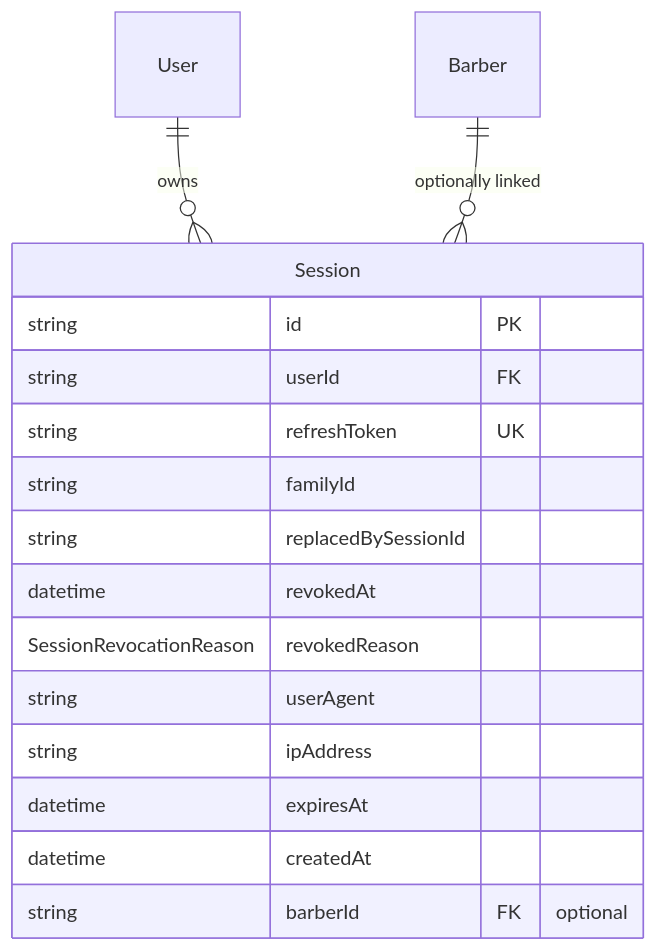
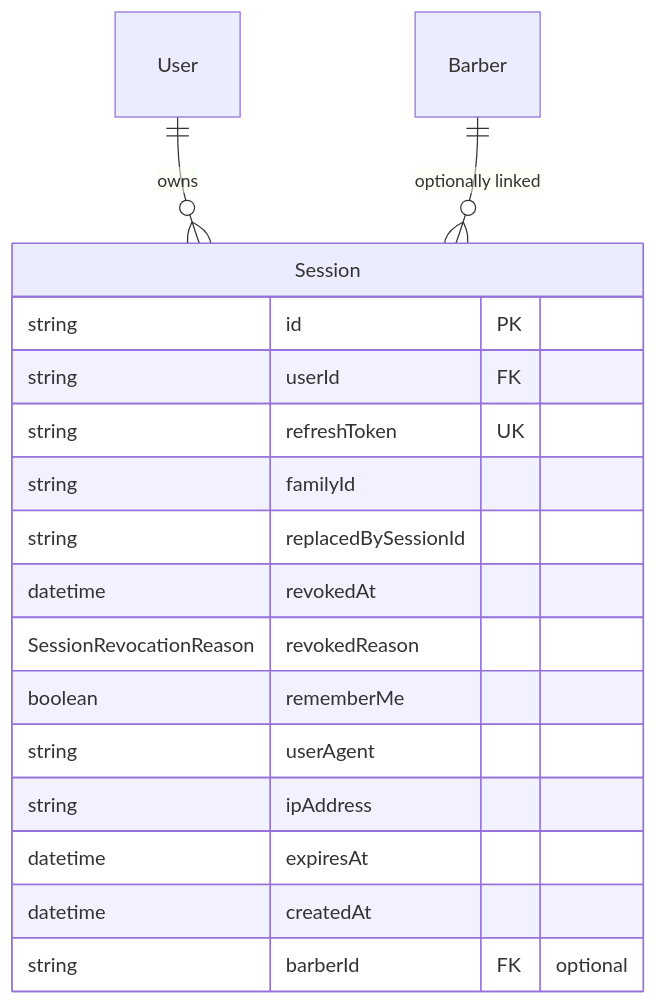
The fourth of 7 diagrams in Database Design.md (Erics-Barbers/erics-barbers-docs), drawn with Mermaid before and after one commit. The commit also changed other lines of this file and 14 other files, not shown here.

````diff
--- a/Database Design.md
+++ b/Database Design.md
@@ -184,20 +318,21 @@
 ```mermaid
 erDiagram
     User ||--o{ Session : owns
     Barber ||--o{ Session : "optionally linked"
 
     Session {
         string id PK
         string userId FK
         string refreshToken UK
         string familyId
         string replacedBySessionId
         datetime revokedAt
         SessionRevocationReason revokedReason
+        boolean rememberMe
         string userAgent
         string ipAddress
         datetime expiresAt
         datetime createdAt
         string barberId FK "optional"
     }
 ```
````
